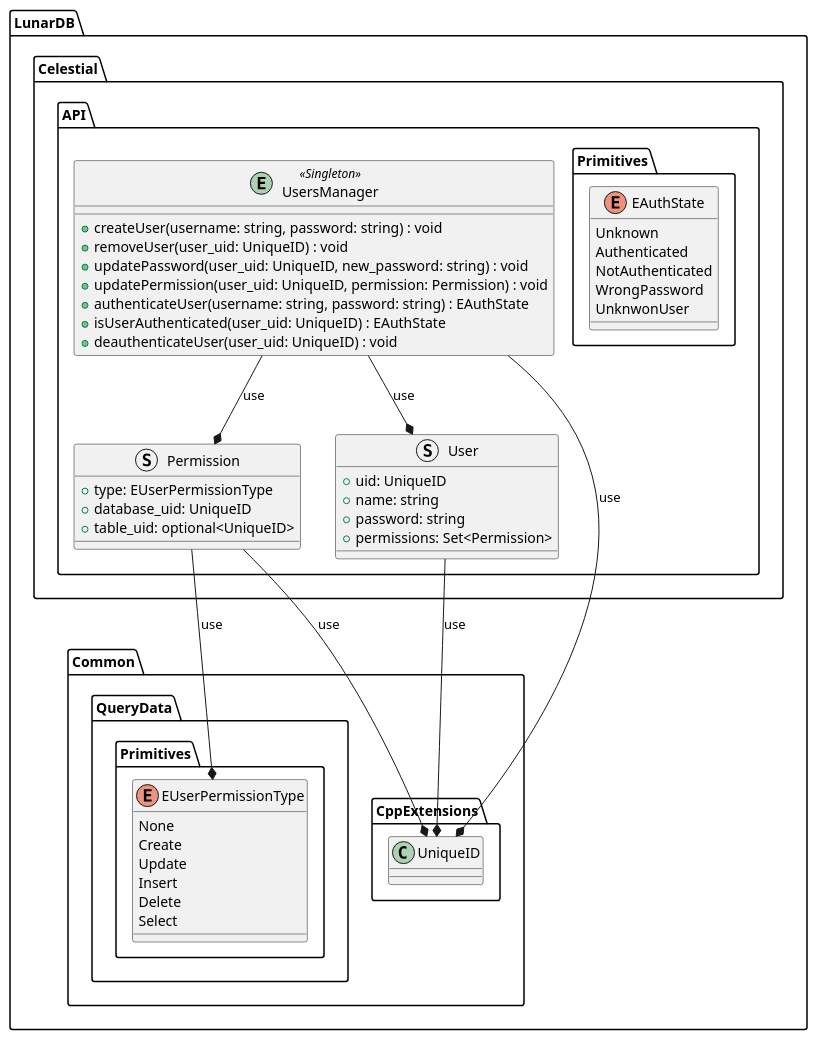
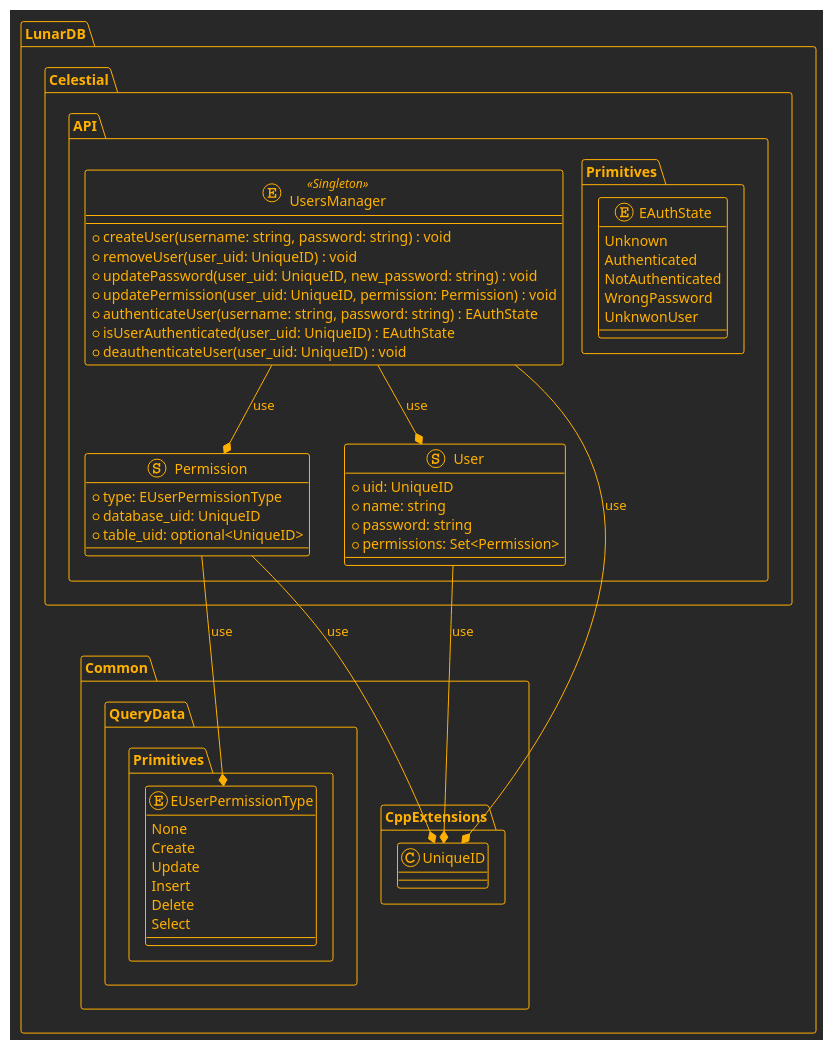
Before and after one commit to TheAncientOwl/lunardb: the diagram in docs/Celestial/Architecture.puml, drawn with PlantUML. The commit also changed 7 other files, not shown here.

Commit message:
Change diagrams theme

```diff
--- a/docs/Celestial/Architecture.puml
+++ b/docs/Celestial/Architecture.puml
@@ -1,80 +1,81 @@
 @startuml Celestial
+!theme crt-amber
 
 namespace LunarDB {
 
 namespace Common {
 
 namespace CppExtensions {
 
 class UniqueID {}
 
 }
 
 namespace QueryData {
 namespace Primitives {
 
 enum EUserPermissionType {
     None
     Create
     Update
     Insert
     Delete
     Select
 }
 
 }
 }
 
 }
 
 namespace Celestial {
 namespace API {
 
 struct Permission {
     + type: EUserPermissionType
     + database_uid: UniqueID
     + table_uid: optional<UniqueID>
 }
 
 struct User {
     + uid: UniqueID
     + name: string
     + password: string
     + permissions: Set<Permission>
 }
 
 namespace Primitives {
 
 enum EAuthState {
     Unknown
     Authenticated
     NotAuthenticated
     WrongPassword
     UnknwonUser
 }
 
 }
 
 entity UsersManager <<Singleton>> {
     + createUser(username: string, password: string) : void
     + removeUser(user_uid: UniqueID) : void
     + updatePassword(user_uid: UniqueID, new_password: string) : void
     + updatePermission(user_uid: UniqueID, permission: Permission) : void
     + authenticateUser(username: string, password: string) : EAuthState
     + isUserAuthenticated(user_uid: UniqueID) : EAuthState
     + deauthenticateUser(user_uid: UniqueID) : void
 }
 
 }
 }
 
 Celestial.API.UsersManager --* Celestial.API.User : use
 Celestial.API.UsersManager --* Celestial.API.Permission : use
 Celestial.API.UsersManager --* Common.CppExtensions.UniqueID : use
 Celestial.API.User --* Common.CppExtensions.UniqueID : use
 Celestial.API.Permission --* Common.CppExtensions.UniqueID : use
 Celestial.API.Permission --* Common.QueryData.Primitives.EUserPermissionType : use
 
 }
 
 @enduml
```
